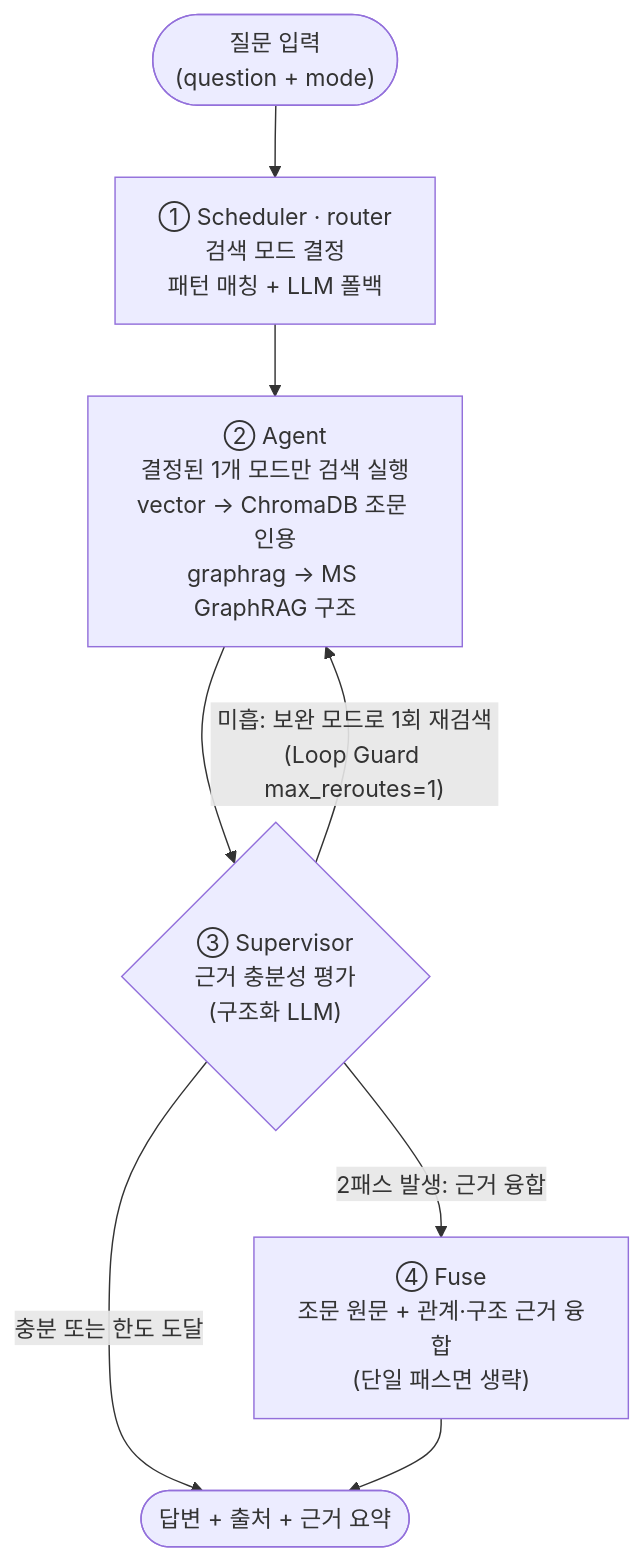
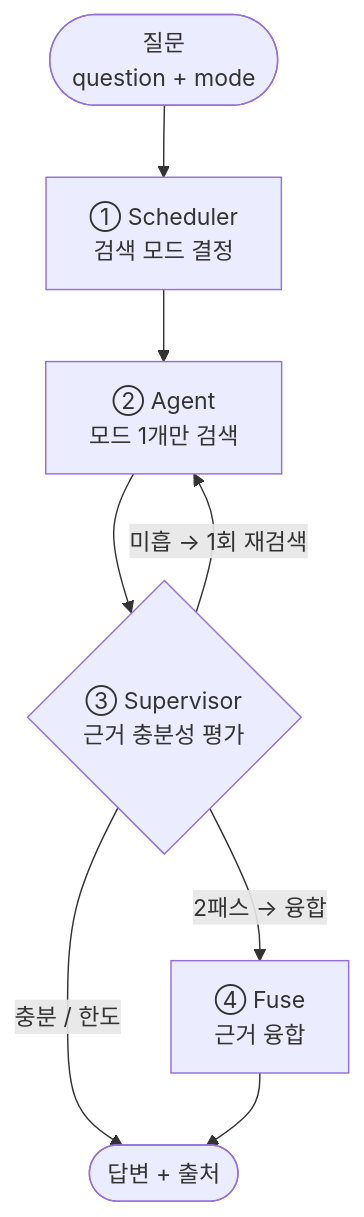
One commit to cna-bootcamp/aistudy changed the first of 2 diagrams in hands-on/16.mas/patent-mas/mas-a/README.md. Above: the diagram before and after it, drawn with Mermaid. The commit also changed other lines of this file and 6 other files, not shown here.

````diff
--- a/hands-on/16.mas/patent-mas/mas-a/README.md
+++ b/hands-on/16.mas/patent-mas/mas-a/README.md
@@ -20,10 +23,10 @@
 ```mermaid
 flowchart TD
-    Q(["질문 입력<br/>(question + mode)"]) --> SCH["① Scheduler · router<br/>검색 모드 결정<br/>패턴 매칭 + LLM 폴백"]
-    SCH --> AGT["② Agent<br/>결정된 1개 모드만 검색 실행<br/>vector → ChromaDB 조문 인용<br/>graphrag → MS GraphRAG 구조"]
-    AGT --> SUP{"③ Supervisor<br/>근거 충분성 평가<br/>(구조화 LLM)"}
-    SUP -->|"미흡: 보완 모드로 1회 재검색<br/>(Loop Guard max_reroutes=1)"| AGT
-    SUP -->|"2패스 발생: 근거 융합"| FUSE["④ Fuse<br/>조문 원문 + 관계·구조 근거 융합<br/>(단일 패스면 생략)"]
-    SUP -->|"충분 또는 한도 도달"| ANS(["답변 + 출처 + 근거 요약"])
+    Q(["질문<br/>question + mode"]) --> SCH["① Scheduler<br/>검색 모드 결정"]
+    SCH --> AGT["② Agent<br/>모드 1개만 검색"]
+    AGT --> SUP{"③ Supervisor<br/>근거 충분성 평가"}
+    SUP -->|"미흡 → 1회 재검색"| AGT
+    SUP -->|"2패스 → 융합"| FUSE["④ Fuse<br/>근거 융합"]
+    SUP -->|"충분 / 한도"| ANS(["답변 + 출처"])
     FUSE --> ANS
 ```
````
